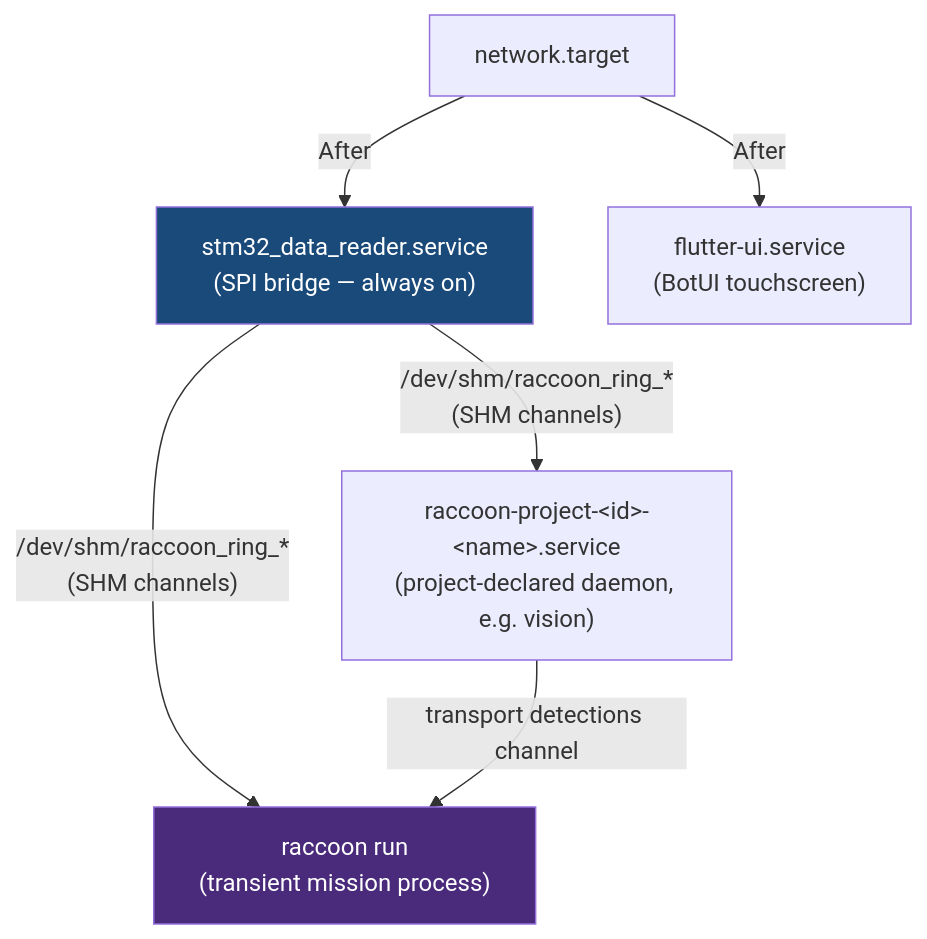
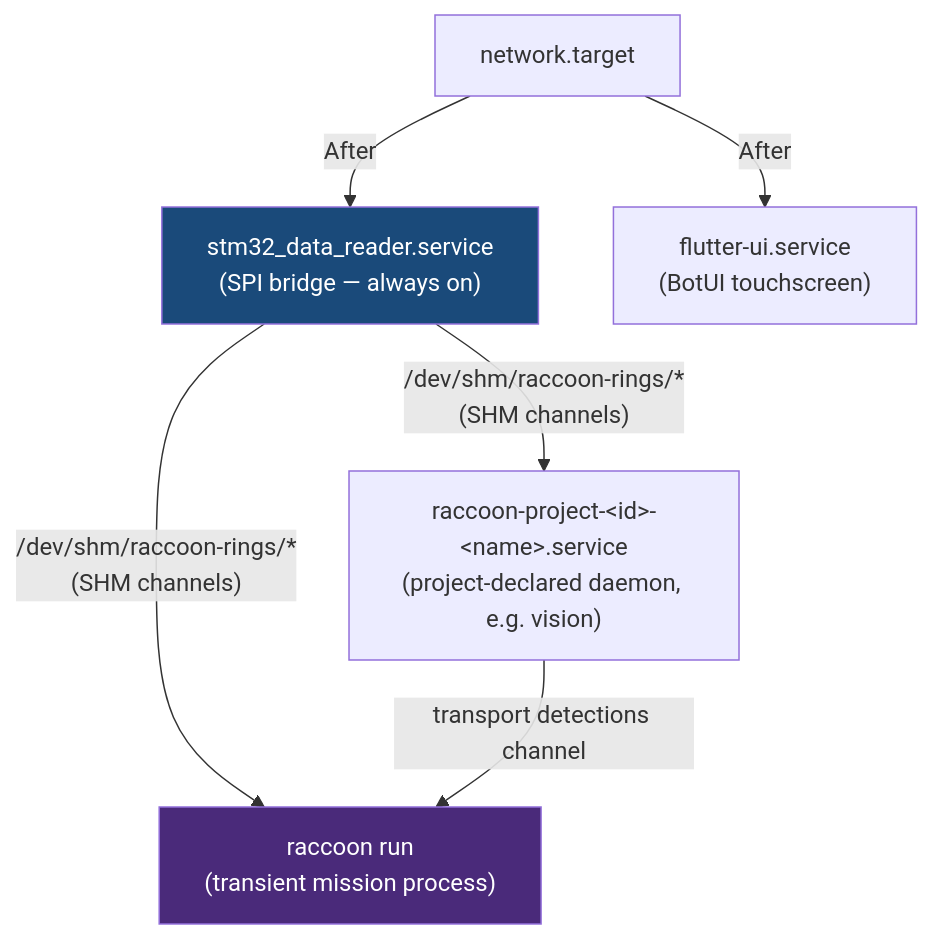
The first of 3 diagrams in content/06-advanced/04-firmware/robot-services-and-systemd.md (htl-stp-ecer/documentation), drawn with Mermaid before and after one commit. The commit also changed other lines of this file and 18 other files, not shown here.

````diff
--- a/content/06-advanced/04-firmware/robot-services-and-systemd.md
+++ b/content/06-advanced/04-firmware/robot-services-and-systemd.md
@@ -18,18 +18,18 @@
 ```mermaid
 graph TD
     NW["network.target"]
     READER["stm32_data_reader.service\n(SPI bridge — always on)"]
     UI["flutter-ui.service\n(BotUI touchscreen)"]
     PROJ["raccoon-project-&lt;id&gt;-&lt;name&gt;.service\n(project-declared daemon, e.g. vision)"]
     MISSION["raccoon run\n(transient mission process)"]
 
     NW -->|After| READER
     NW -->|After| UI
 
-    READER -- "/dev/shm/raccoon_ring_*\n(SHM channels)" --> PROJ
-    READER -- "/dev/shm/raccoon_ring_*\n(SHM channels)" --> MISSION
+    READER -- "/dev/shm/raccoon-rings/*\n(SHM channels)" --> PROJ
+    READER -- "/dev/shm/raccoon-rings/*\n(SHM channels)" --> MISSION
     PROJ -- "transport detections channel" --> MISSION
 
     style READER fill:#1a4a7a,color:#fff
     style MISSION fill:#4a2a7a,color:#fff
 ```
````
